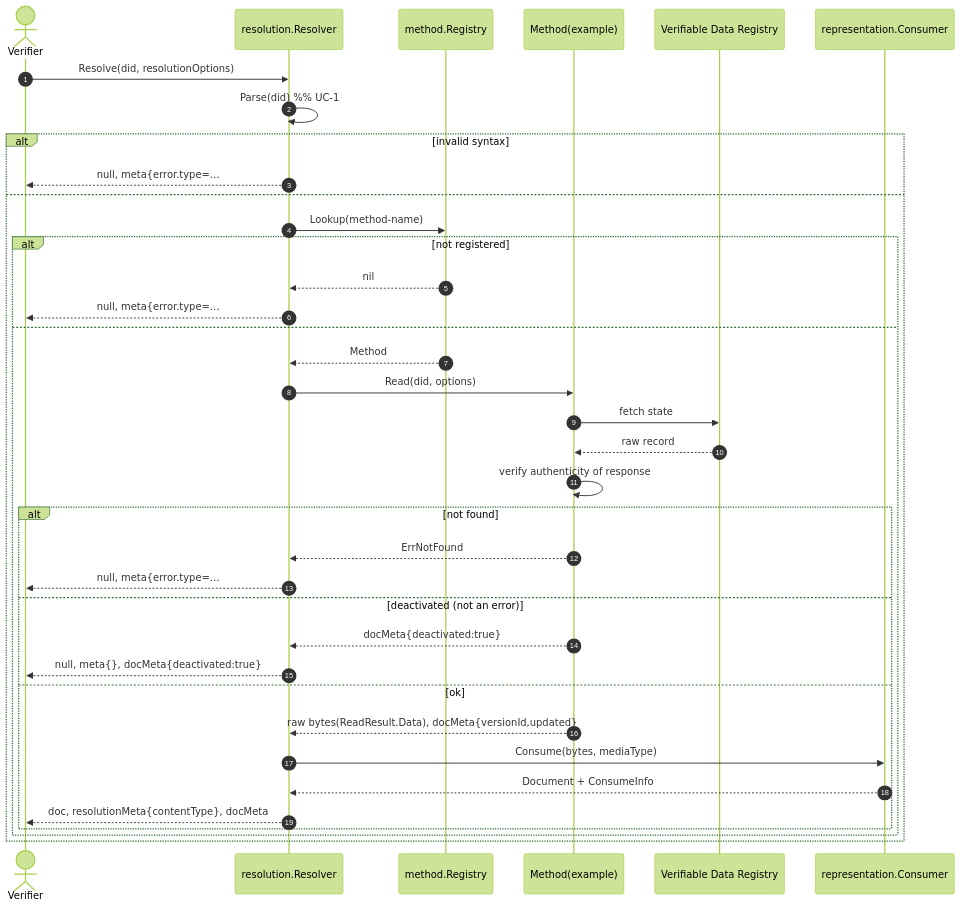
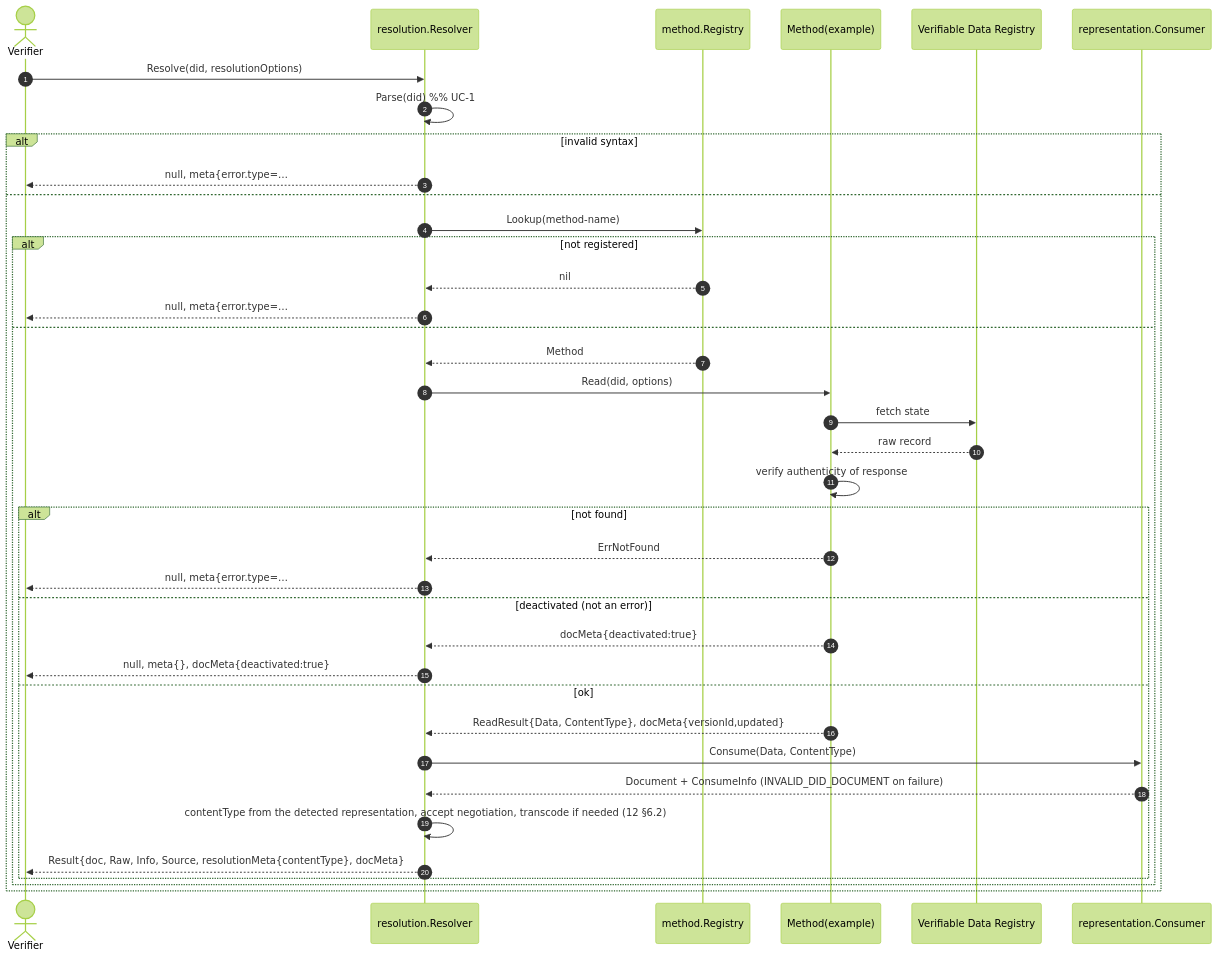
One commit to SAGE-X-project/did-go changed the fifth of 10 diagrams in docs/02-sequence-diagrams.md. Above: the diagram before and after it, drawn with Mermaid (forest theme). The commit also changed other lines of this file and 10 other files, not shown here.

````diff
--- a/docs/02-sequence-diagrams.md
+++ b/docs/02-sequence-diagrams.md
@@ -125,40 +125,41 @@
 ```mermaid
 sequenceDiagram
     autonumber
     actor Verifier
     participant R as resolution.Resolver
     participant Reg as method.Registry
     participant M as Method(example)
     participant VDR as Verifiable Data Registry
     participant Cons as representation.Consumer
 
     Verifier->>R: Resolve(did, resolutionOptions)
     R->>R: Parse(did)  %% UC-1
     alt invalid syntax
         R-->>Verifier: null, meta{error.type=…#INVALID_DID}, {}
     else
         R->>Reg: Lookup(method-name)
         alt not registered
             Reg-->>R: nil
             R-->>Verifier: null, meta{error.type=…#METHOD_NOT_SUPPORTED}, {}
         else
             Reg-->>R: Method
             R->>M: Read(did, options)
             M->>VDR: fetch state
             VDR-->>M: raw record
             M->>M: verify authenticity of response
             alt not found
                 M-->>R: ErrNotFound
                 R-->>Verifier: null, meta{error.type=…#NOT_FOUND}, {}
             else deactivated (not an error)
                 M-->>R: docMeta{deactivated:true}
                 R-->>Verifier: null, meta{}, docMeta{deactivated:true}
             else ok
-                M-->>R: raw bytes(ReadResult.Data), docMeta{versionId,updated}
-                R->>Cons: Consume(bytes, mediaType)
-                Cons-->>R: Document + ConsumeInfo
-                R-->>Verifier: doc, resolutionMeta{contentType}, docMeta
+                M-->>R: ReadResult{Data, ContentType}, docMeta{versionId,updated}
+                R->>Cons: Consume(Data, ContentType)
+                Cons-->>R: Document + ConsumeInfo (INVALID_DID_DOCUMENT on failure)
+                R->>R: contentType from the detected representation, accept negotiation, transcode if needed (12 §6.2)
+                R-->>Verifier: Result{doc, Raw, Info, Source, resolutionMeta{contentType}, docMeta}
             end
         end
     end
 ```
````
